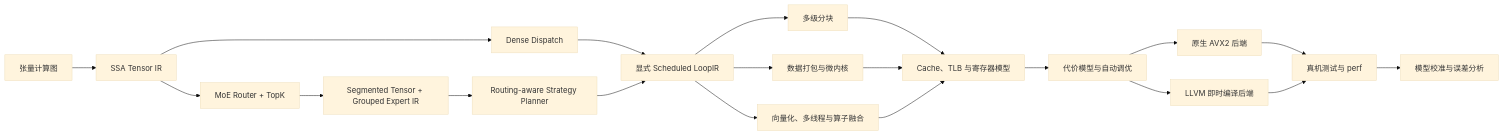
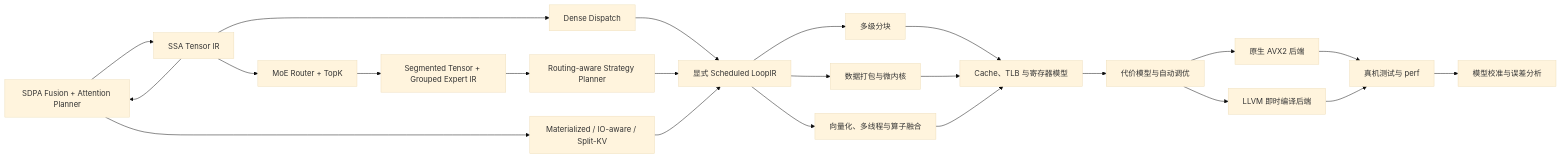
The diagram in README.zh-CN.md (BokaiGuo/SchedForge), drawn with Mermaid (base theme) before and after one commit. The commit also changed other lines of this file and 21 other files, not shown here.

````diff
--- a/README.zh-CN.md
+++ b/README.zh-CN.md
@@ -46,22 +50,25 @@
 ```mermaid
 flowchart LR
     A["张量计算图"] --> B["SSA Tensor IR"]
     B --> C["Dense Dispatch"]
     B --> R["MoE Router + TopK"]
+    B --> A["SDPA Fusion + Attention Planner"]
     R --> S["Segmented Tensor + Grouped Expert IR"]
     S --> P["Routing-aware Strategy Planner"]
     C --> D["显式 Scheduled LoopIR"]
     P --> D
+    A --> T["Materialized / IO-aware / Split-KV"]
+    T --> D
     D --> E["多级分块"]
     D --> F["数据打包与微内核"]
     D --> G["向量化、多线程与算子融合"]
     E --> H["Cache、TLB 与寄存器模型"]
     F --> H
     G --> H
     H --> I["代价模型与自动调优"]
     I --> J["原生 AVX2 后端"]
     I --> K["LLVM 即时编译后端"]
     J --> L["真机测试与 perf"]
     K --> L
     L --> M["模型校准与误差分析"]
 ```
````
